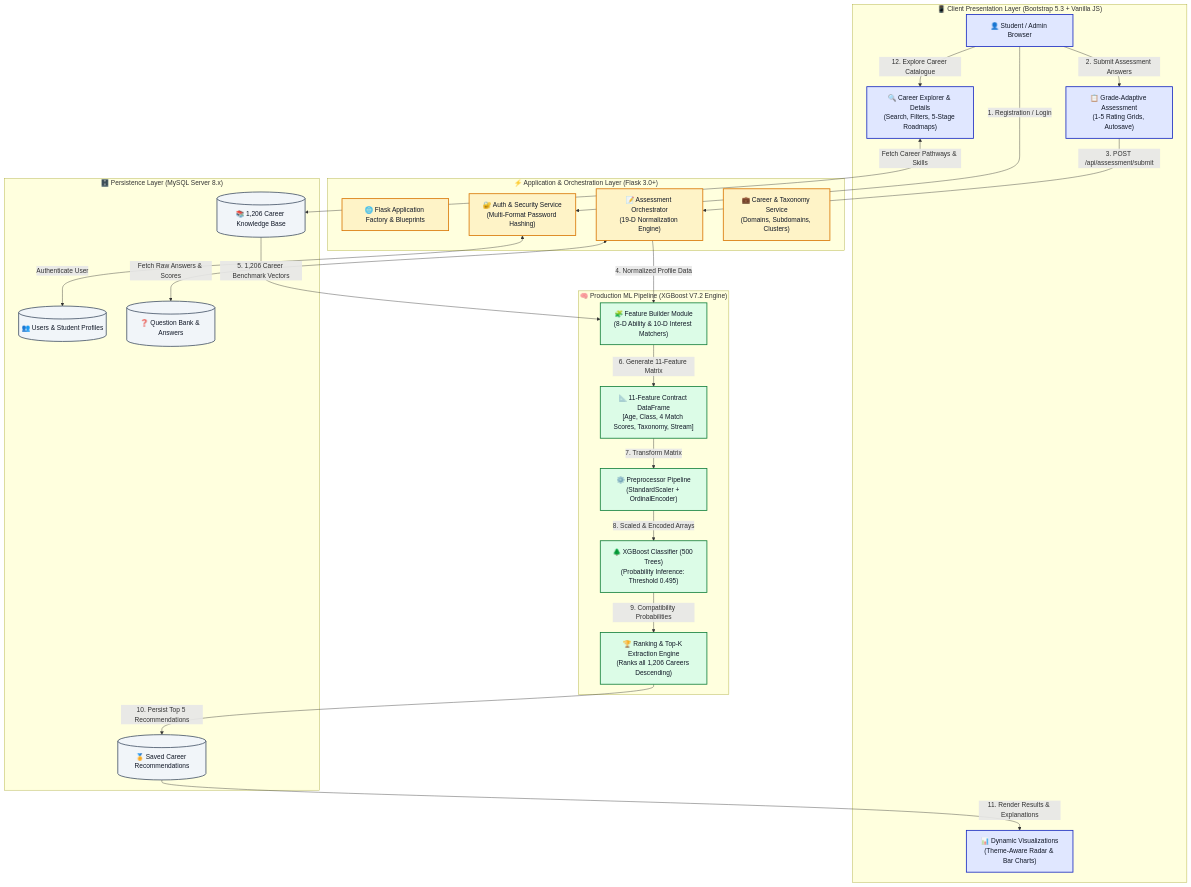
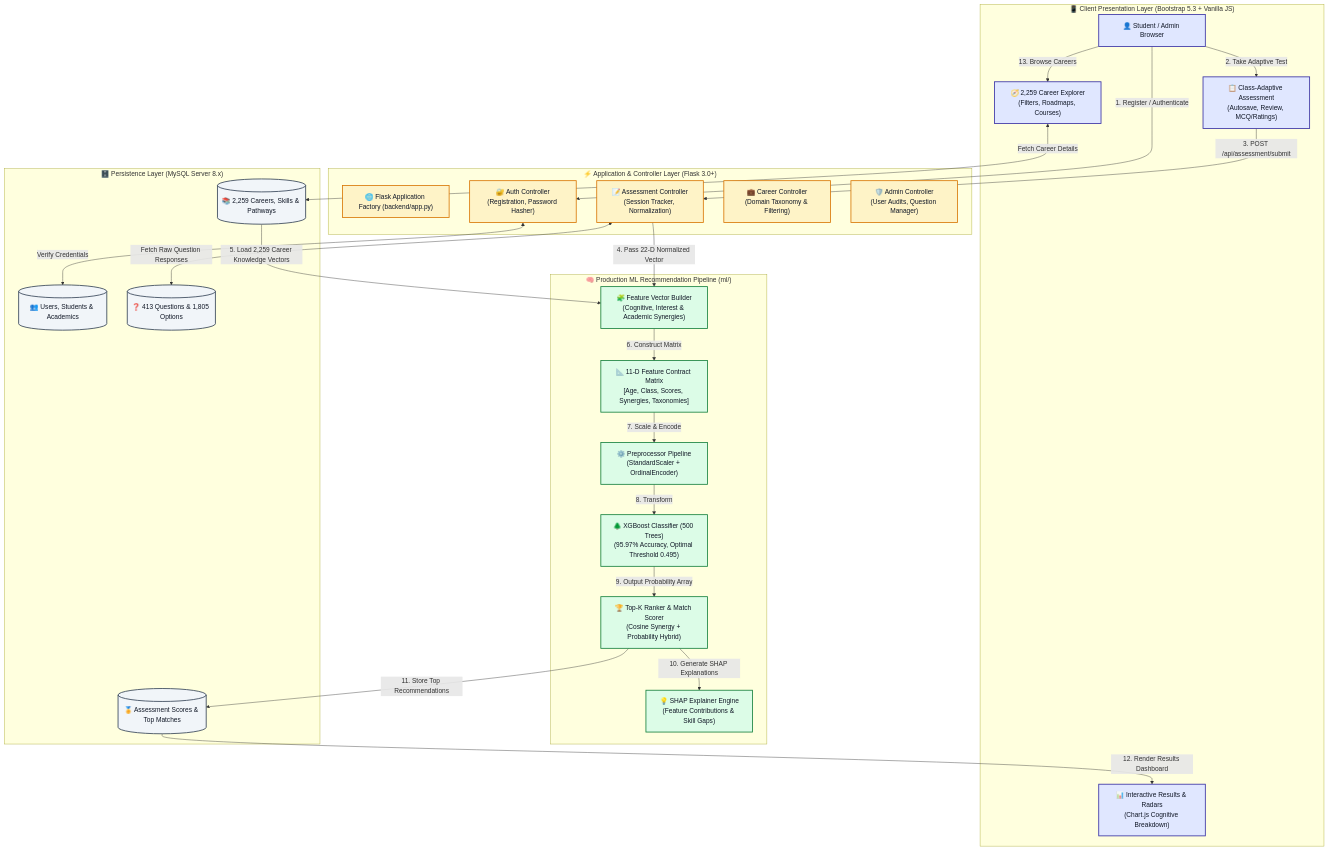
The first of 2 diagrams in README.md (AMB-007/Personalized-Career-Recommendation-System-Using-Machine-Learning), drawn with Mermaid before and after one commit. The commit also changed other lines of this file and 7 other files, not shown here.

Commit message:
docs & db: update complete setup.sql, 413-question bank seeds, and colorful README

````diff
--- a/README.md
+++ b/README.md
@@ -43,55 +66,58 @@
 ```mermaid
 flowchart TB
     %% Styling Definitions
-    classDef client fill:#E0E7FF,stroke:#1B2CC1,stroke-width:2px,color:#111827;
-    classDef app fill:#FEF3C7,stroke:#D97706,stroke-width:2px,color:#111827;
+    classDef client fill:#E0E7FF,stroke:#3730A3,stroke-width:2px,color:#111827;
+    classDef flask fill:#FEF3C7,stroke:#D97706,stroke-width:2px,color:#111827;
     classDef ml fill:#DCFCE7,stroke:#15803D,stroke-width:2px,color:#111827;
-    classDef db fill:#F1F5F9,stroke:#475569,stroke-width:2px,color:#111827;
-    classDef output fill:#FCE7F3,stroke:#BE185D,stroke-width:2px,color:#111827;
+    classDef db fill:#F1F5F9,stroke:#334155,stroke-width:2px,color:#111827;
+    classDef viz fill:#FCE7F3,stroke:#9D174D,stroke-width:2px,color:#111827;
 
     subgraph ClientLayer [" 📱 Client Presentation Layer (Bootstrap 5.3 + Vanilla JS) "]
         A["👤 Student / Admin Browser"]:::client
-        A1["📋 Grade-Adaptive Assessment<br/>(1-5 Rating Grids, Autosave)"]:::client
-        A2["📊 Dynamic Visualizations<br/>(Theme-Aware Radar & Bar Charts)"]:::client
-        A3["🔍 Career Explorer & Details<br/>(Search, Filters, 5-Stage Roadmaps)"]:::client
+        A1["📋 Class-Adaptive Assessment<br/>(Autosave, Review, MCQ/Ratings)"]:::client
+        A2["📊 Interactive Results & Radars<br/>(Chart.js Cognitive Breakdown)"]:::client
+        A3["🧭 2,259 Career Explorer<br/>(Filters, Roadmaps, Courses)"]:::client
     end
 
-    subgraph AppLayer [" ⚡ Application & Orchestration Layer (Flask 3.0+) "]
-        B["🌐 Flask Application Factory & Blueprints"]:::app
-        B1["🔐 Auth & Security Service<br/>(Multi-Format Password Hashing)"]:::app
-        B2["📝 Assessment Orchestrator<br/>(19-D Normalization Engine)"]:::app
-        B3["💼 Career & Taxonomy Service<br/>(Domains, Subdomains, Clusters)"]:::app
+    subgraph AppLayer [" ⚡ Application & Controller Layer (Flask 3.0+) "]
+        B["🌐 Flask Application Factory (backend/app.py)"]:::flask
+        B1["🔐 Auth Controller<br/>(Registration, Password Hasher)"]:::flask
+        B2["📝 Assessment Controller<br/>(Session Tracker, Normalization)"]:::flask
+        B3["💼 Career Controller<br/>(Domain Taxonomy & Filtering)"]:::flask
+        B4["🛡️ Admin Controller<br/>(User Audits, Question Manager)"]:::flask
     end
 
-    subgraph MLLayer [" 🧠 Production ML Pipeline (XGBoost V7.2 Engine) "]
-        C1["🧩 Feature Builder Module<br/>(8-D Ability & 10-D Interest Matchers)"]:::ml
-        C2["📐 11-Feature Contract DataFrame<br/>[Age, Class, 4 Match Scores, Taxonomy, Stream]"]:::ml
+    subgraph MLLayer [" 🧠 Production ML Recommendation Pipeline (ml/) "]
+        C1["🧩 Feature Vector Builder<br/>(Cognitive, Interest & Academic Synergies)"]:::ml
+        C2["📐 11-D Feature Contract Matrix<br/>[Age, Class, Scores, Synergies, Taxonomies]"]:::ml
         C3["⚙️ Preprocessor Pipeline<br/>(StandardScaler + OrdinalEncoder)"]:::ml
-        C4["🌲 XGBoost Classifier (500 Trees)<br/>(Probability Inference: Threshold 0.495)"]:::ml
-        C5["🏆 Ranking & Top-K Extraction Engine<br/>(Ranks all 1,206 Careers Descending)"]:::ml
+        C4["🌲 XGBoost Classifier (500 Trees)<br/>(95.97% Accuracy, Optimal Threshold 0.495)"]:::ml
+        C5["🏆 Top-K Ranker & Match Scorer<br/>(Cosine Synergy + Probability Hybrid)"]:::ml
+        C6["💡 SHAP Explainer Engine<br/>(Feature Contributions & Skill Gaps)"]:::ml
     end
 
     subgraph DBLayer [" 🗄️ Persistence Layer (MySQL Server 8.x) "]
-        D1[("👥 Users & Student Profiles")]:::db
-        D2[("❓ Question Bank & Answers")]:::db
-        D3[("📚 1,206 Career Knowledge Base")]:::db
-        D4[("🏅 Saved Career Recommendations")]:::db
+        D1[("👥 Users, Students & Academics")]:::db
+        D2[("❓ 413 Questions & 1,805 Options")]:::db
+        D3[("📚 2,259 Careers, Skills & Pathways")]:::db
+        D4[("🏅 Assessment Scores & Top Matches")]:::db
     end
 
-    %% Workflow Flowlines
-    A -->|"1. Registration / Login"| B1
-    B1 <-->|"Authenticate User"| D1
-    A -->|"2. Submit Assessment Answers"| A1
+    %% Flowlines
+    A -->|"1. Register / Authenticate"| B1
+    B1 <-->|"Verify Credentials"| D1
+    A -->|"2. Take Adaptive Test"| A1
     A1 -->|"3. POST /api/assessment/submit"| B2
-    B2 <-->|"Fetch Raw Answers & Scores"| D2
-    B2 -->|"4. Normalized Profile Data"| C1
-    D3 -->|"5. 1,206 Career Benchmark Vectors"| C1
-    C1 -->|"6. Generate 11-Feature Matrix"| C2
-    C2 -->|"7. Transform Matrix"| C3
-    C3 -->|"8. Scaled & Encoded Arrays"| C4
-    C4 -->|"9. Compatibility Probabilities"| C5
-    C5 -->|"10. Persist Top 5 Recommendations"| D4
-    D4 -->|"11. Render Results & Explanations"| A2
-    A -->|"12. Explore Career Catalogue"| A3
-    A3 <-->|"Fetch Career Pathways & Skills"| D3
+    B2 <-->|"Fetch Raw Question Responses"| D2
+    B2 -->|"4. Pass 22-D Normalized Vector"| C1
+    D3 -->|"5. Load 2,259 Career Knowledge Vectors"| C1
+    C1 -->|"6. Construct Matrix"| C2
+    C2 -->|"7. Scale & Encode"| C3
+    C3 -->|"8. Transform"| C4
+    C4 -->|"9. Output Probability Array"| C5
+    C5 -->|"10. Generate SHAP Explanations"| C6
+    C5 -->|"11. Store Top Recommendations"| D4
+    D4 -->|"12. Render Results Dashboard"| A2
+    A -->|"13. Browse Careers"| A3
+    A3 <-->|"Fetch Career Details"| D3
 ```
````
